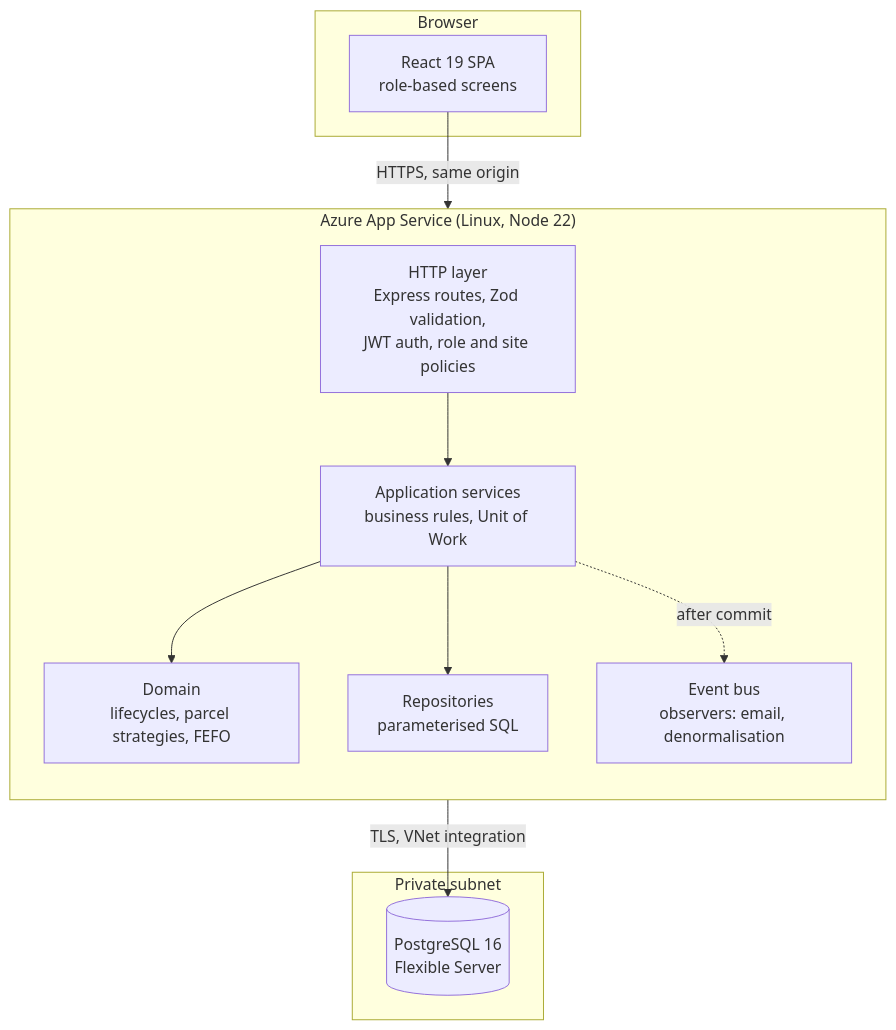
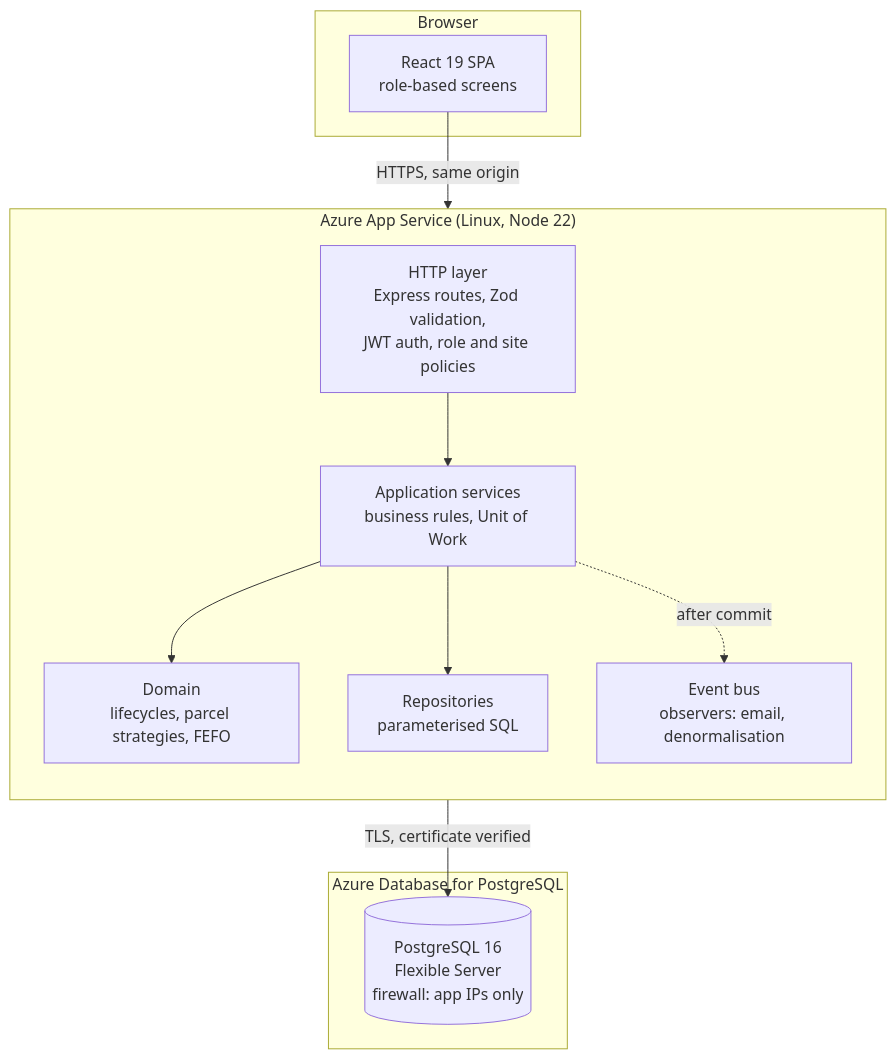
One commit to ByronBousfield1/sizaniconnect changed the first of 2 diagrams in README.md. Above: the diagram before and after it, drawn with Mermaid. The commit also changed other lines of this file and 9 other files, not shown here.

````diff
--- a/README.md
+++ b/README.md
@@ -76,21 +76,21 @@
 ```mermaid
 flowchart TB
   subgraph Browser
     SPA[React 19 SPA<br/>role-based screens]
   end
   subgraph "Azure App Service (Linux, Node 22)"
     direction TB
     HTTP[HTTP layer<br/>Express routes, Zod validation,<br/>JWT auth, role and site policies]
     SVC[Application services<br/>business rules, Unit of Work]
     DOM[Domain<br/>lifecycles, parcel strategies, FEFO]
     REPO[Repositories<br/>parameterised SQL]
     BUS[Event bus<br/>observers: email, denormalisation]
   end
-  subgraph "Private subnet"
-    PG[(PostgreSQL 16<br/>Flexible Server)]
+  subgraph "Azure Database for PostgreSQL"
+    PG[(PostgreSQL 16<br/>Flexible Server<br/>firewall: app IPs only)]
   end
   SPA -- "HTTPS, same origin" --> HTTP
   HTTP --> SVC --> DOM
-  SVC --> REPO -- "TLS, VNet integration" --> PG
+  SVC --> REPO -- "TLS, certificate verified" --> PG
   SVC -. after commit .-> BUS
 ```
````
